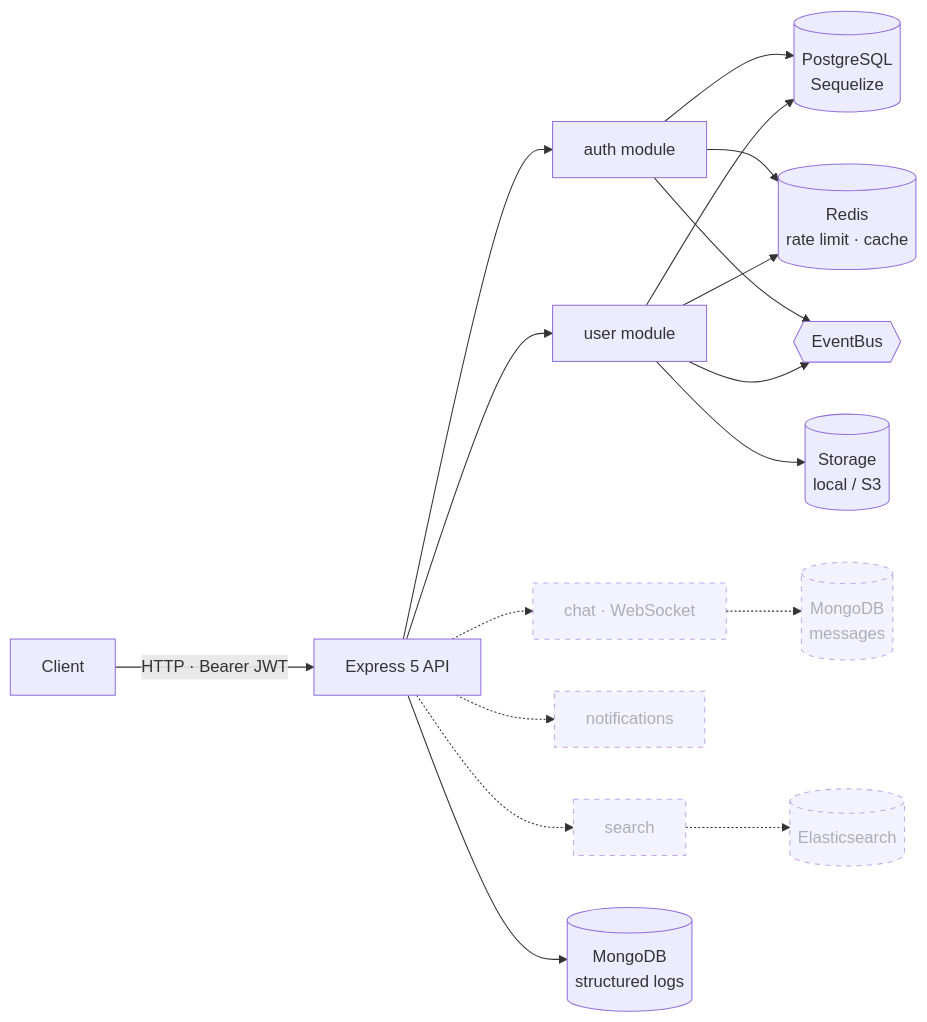
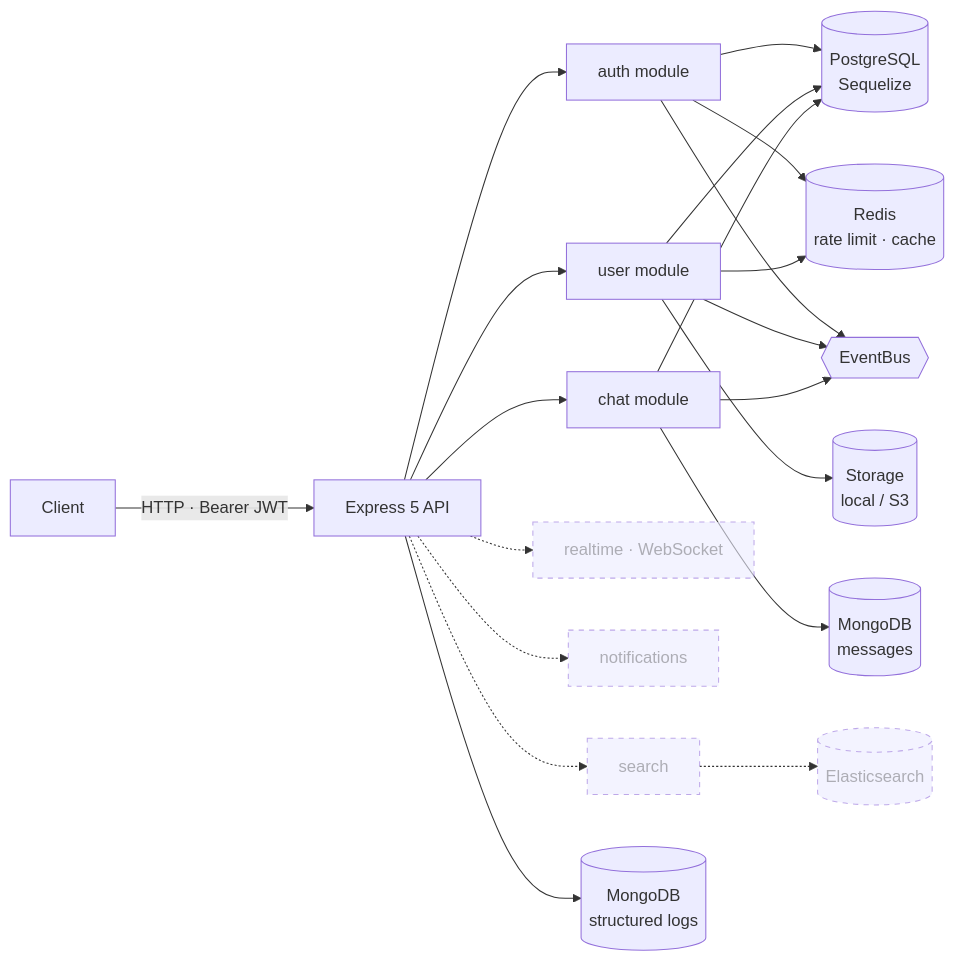
The diagram in README.md (GabeSilvaDev/realtime-messaging-platform), drawn with Mermaid before and after one commit. The commit also changed other lines of this file and 1 other file, not shown here.

Commit message:
📝 docs: documenta a API de chat e atualiza arquitetura e roadmap

````diff
--- a/README.md
+++ b/README.md
@@ -27,19 +27,20 @@
 ```mermaid
 flowchart LR
     C[Client] -->|HTTP · Bearer JWT| API[Express 5 API]
     API --> AUTH[auth module]
     API --> USER[user module]
-    API -.-> CHAT[chat · WebSocket]
+    API --> CHAT[chat module]
+    API -.-> RT[realtime · WebSocket]
     API -.-> NOTIF[notifications]
     API -.-> SEARCH[search]
-    AUTH & USER --> PG[(PostgreSQL<br/>Sequelize)]
+    AUTH & USER & CHAT --> PG[(PostgreSQL<br/>Sequelize)]
     AUTH & USER --> RD[(Redis<br/>rate limit · cache)]
     USER --> ST[(Storage<br/>local / S3)]
     API --> LOG[(MongoDB<br/>structured logs)]
-    CHAT -.-> MG[(MongoDB<br/>messages)]
+    CHAT --> MG[(MongoDB<br/>messages)]
     SEARCH -.-> ES[(Elasticsearch)]
-    AUTH & USER --> EB{{EventBus}}
+    AUTH & USER & CHAT --> EB{{EventBus}}
 
     classDef planned stroke-dasharray: 5 5,opacity:0.6
-    class CHAT,NOTIF,SEARCH,MG,ES planned
+    class RT,NOTIF,SEARCH,ES planned
 ```
````
